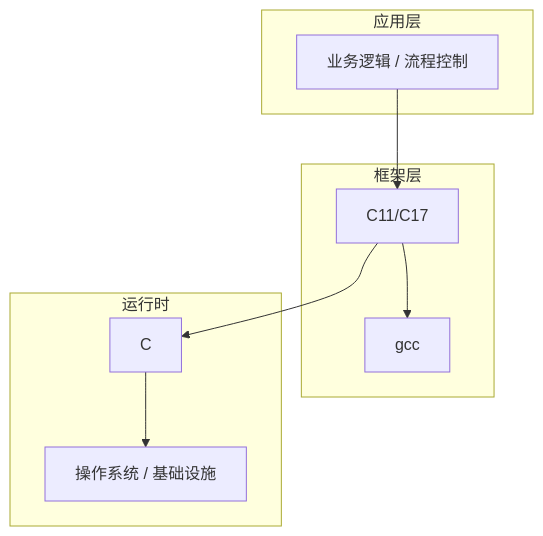
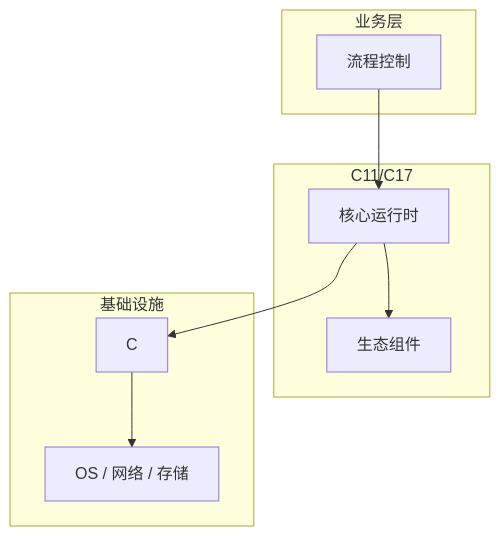
One commit to yanggan2015/knowledge-json-v2 changed the diagram in articles/C语言/chapters/031-流程控制核心概念与原理.md. Above: the diagram before and after it, drawn with Mermaid. The commit also changed other lines of this file and 10127 other files, not shown here.

````diff
--- a/articles/C语言/chapters/031-流程控制核心概念与原理.md
+++ b/articles/C语言/chapters/031-流程控制核心概念与原理.md
@@ -45,18 +34,18 @@
 ```mermaid
 graph TB
-    subgraph 应用层
-        A[业务逻辑 / 流程控制]
+    subgraph 业务层
+        A[流程控制]
     end
-    subgraph 框架层
-        B[C11/C17]
-        C[gcc]
+    subgraph C11/C17
+        B[核心运行时]
+        C[生态组件]
     end
-    subgraph 运行时
+    subgraph 基础设施
         D[C]
-        E[操作系统 / 基础设施]
+        E[OS / 网络 / 存储]
     end
     A --> B
     B --> C
     B --> D
     D --> E
 ```
````
